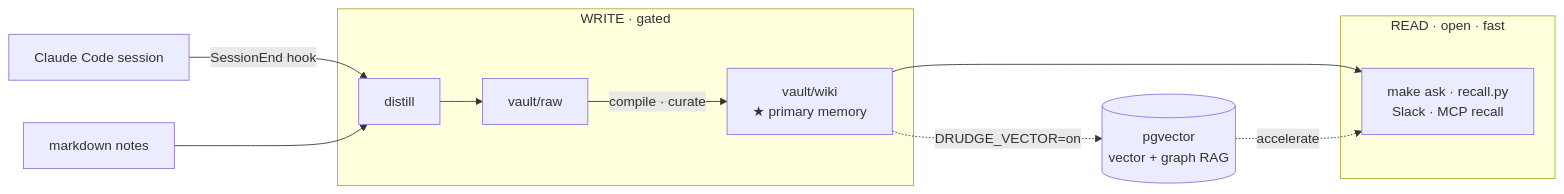
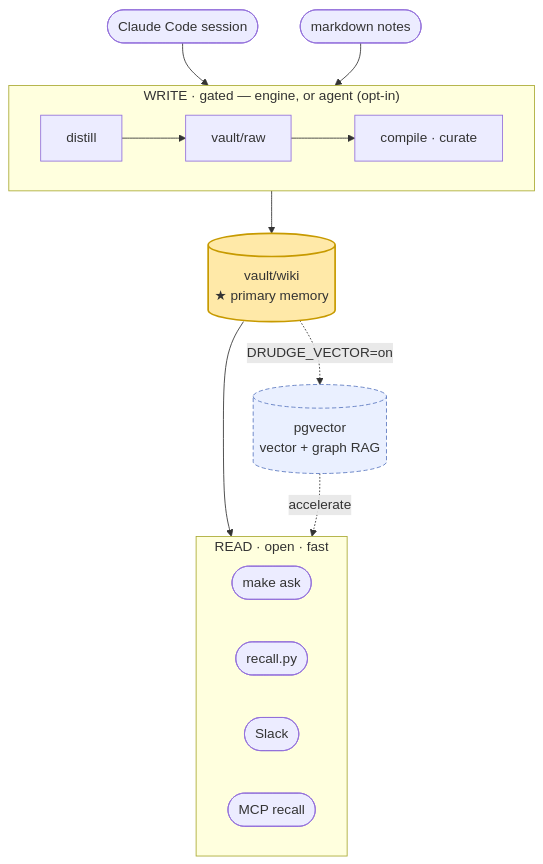
The first of 2 diagrams in README.md (jazz1x/ohmyboring), drawn with Mermaid before and after one commit. The commit also changed 2 other files, not shown here.

Commit message:
docs: polish architecture diagram — canonical shapes, both axes (#26)
Restructure the two-door Mermaid: top-down main spine (sources → WRITE pipeline
→ vault/wiki hub → READ consumers) with left-right subgraphs inside — uses both
axes, not a single horizontal row. Canonical shapes (stadium/rect/cylinder) +
classDef highlighting the wiki hub and optional pgvector (dashed). All 3 READMEs.

````diff
--- a/README.md
+++ b/README.md
@@ -15,15 +15,24 @@
 ```mermaid
-flowchart LR
-  CC["Claude Code session"] -->|SessionEnd hook| D["distill"]
-  NT["markdown notes"] --> D
-  subgraph WRITE ["WRITE · gated"]
-    D --> RAW["vault/raw"]
-    RAW -->|"compile · curate"| WK["vault/wiki<br/>★ primary memory"]
+flowchart TB
+  CC(["Claude Code session"]) --> D
+  NT(["markdown notes"]) --> D
+  subgraph WRITE ["WRITE · gated — engine, or agent (opt-in)"]
+    direction LR
+    D["distill"] --> RAW["vault/raw"] --> CP["compile · curate"]
   end
-  subgraph READ ["READ · open · fast"]
-    CONS["make ask · recall.py<br/>Slack · MCP recall"]
+  CP --> WIKI[("vault/wiki<br/>★ primary memory")]
+  WIKI --> RD
+  subgraph RD ["READ · open · fast"]
+    direction LR
+    ASK(["make ask"])
+    REC(["recall.py"])
+    SLK(["Slack"])
+    MCP(["MCP recall"])
   end
-  WK --> CONS
-  WK -. "DRUDGE_VECTOR=on" .-> PG[("pgvector<br/>vector + graph RAG")]
-  PG -. accelerate .-> CONS
+  WIKI -. "DRUDGE_VECTOR=on" .-> PG[("pgvector<br/>vector + graph RAG")]
+  PG -. accelerate .-> RD
+  classDef hub fill:#ffe9a8,stroke:#c79a00,stroke-width:2px;
+  classDef opt fill:#eaf0ff,stroke:#5a78c0,stroke-dasharray:5 3;
+  class WIKI hub;
+  class PG opt;
 ```
````
